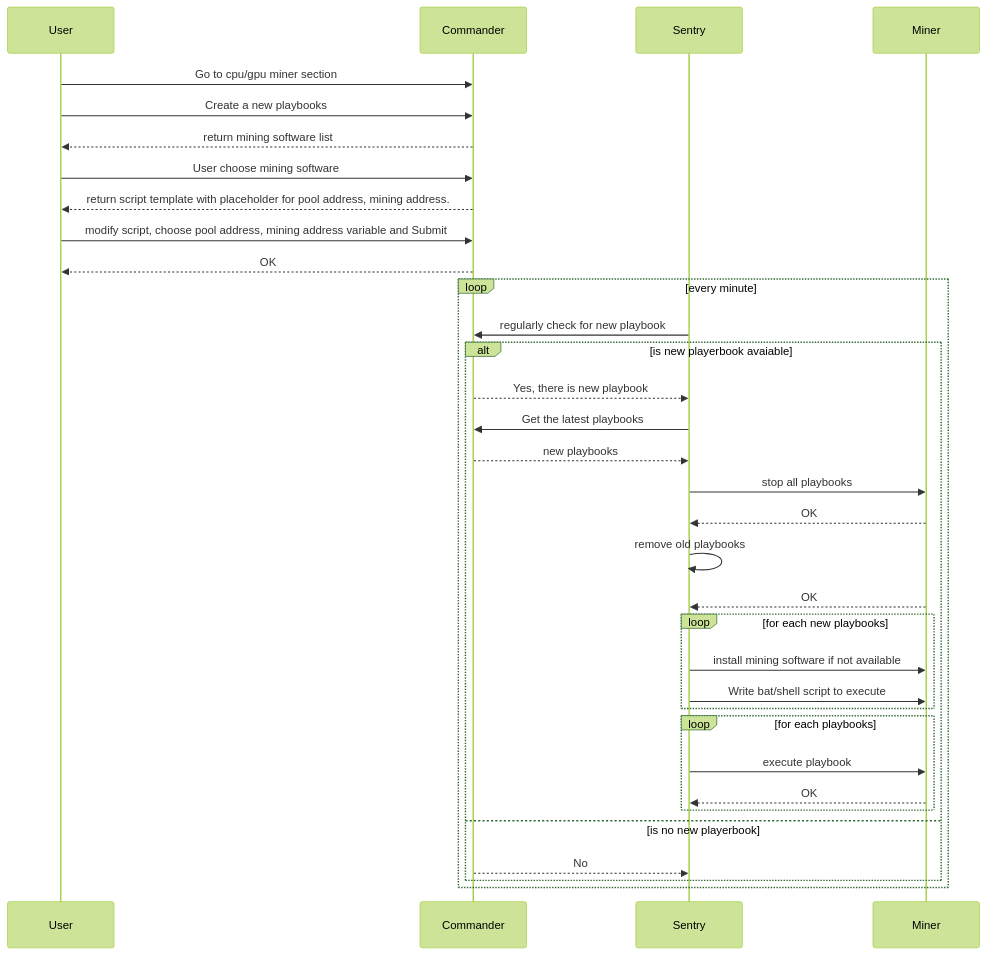
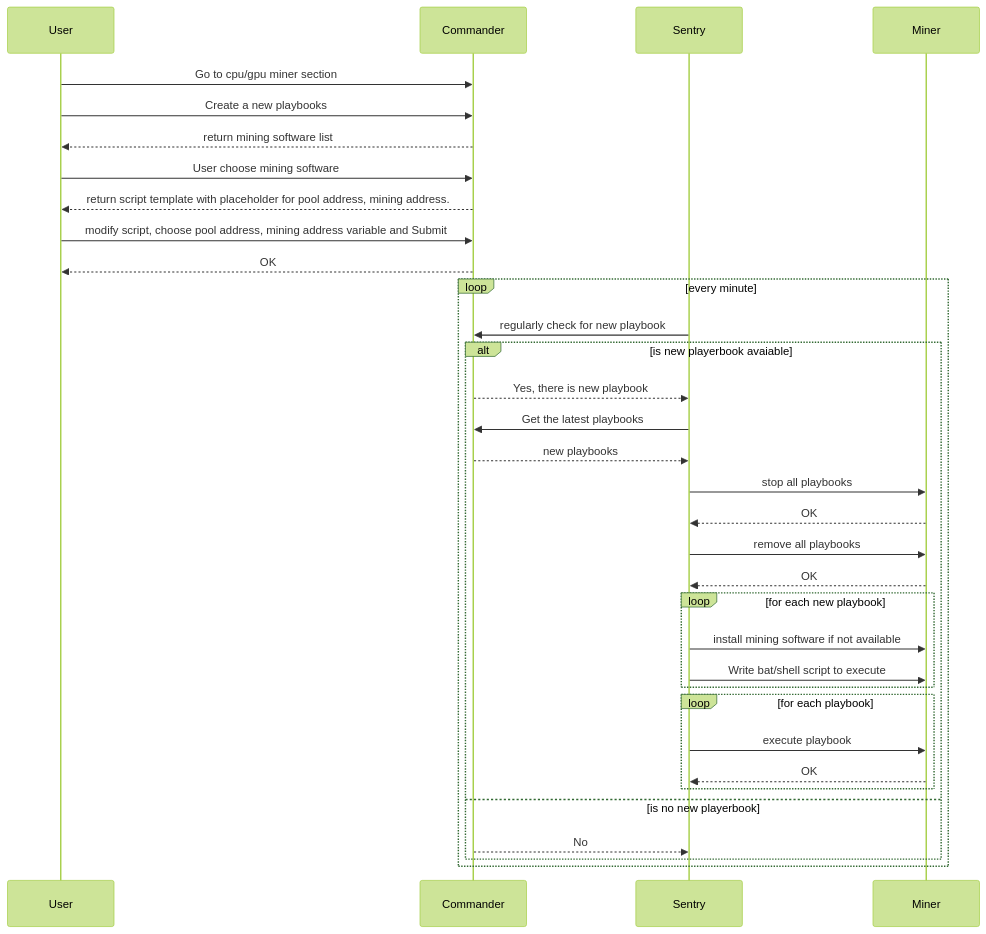
Before and after one commit to nguyenvinhlinh/Mining-Rig-Monitor-Document: the fifth of 5 diagrams in docs/index.md, drawn with Mermaid (forest theme).

````diff
--- a/docs/index.md
+++ b/docs/index.md
@@ -98,34 +98,33 @@
 ```mermaid
 sequenceDiagram
     User ->>Commander: Go to cpu/gpu miner section
     User ->>Commander: Create a new playbooks
     Commander -->> User: return mining software list
     User ->>Commander: User choose mining software
     Commander -->> User: return script template with placeholder for pool address, mining address.
     User ->> Commander: modify script, choose pool address, mining address variable and Submit
     Commander -->> User: OK
 
     loop every minute
         Sentry ->> Commander: regularly check for new playbook
         alt is new playerbook avaiable
             Commander -->> Sentry: Yes, there is new playbook
             Sentry ->> Commander: Get the latest playbooks
             Commander -->> Sentry: new playbooks
             Sentry ->> Miner: stop all playbooks
             Miner -->> Sentry: OK
-            Sentry ->> Sentry: remove old playbooks
+            Sentry ->> Miner: remove all playbooks
             Miner -->> Sentry: OK
-            loop for each new playbooks
+            loop for each new playbook
                 Sentry ->> Miner: install mining software if not available
                 Sentry ->> Miner: Write bat/shell script to execute
             end
-            loop for each playbooks
+            loop for each playbook
                 Sentry ->> Miner: execute playbook
                 Miner -->> Sentry: OK
             end
         else is no new playerbook
             Commander -->> Sentry: No
         end
     end
-
 ```
````
